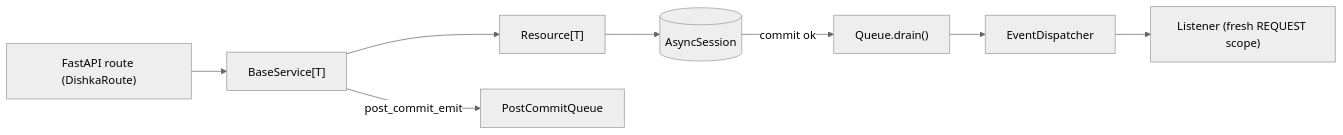
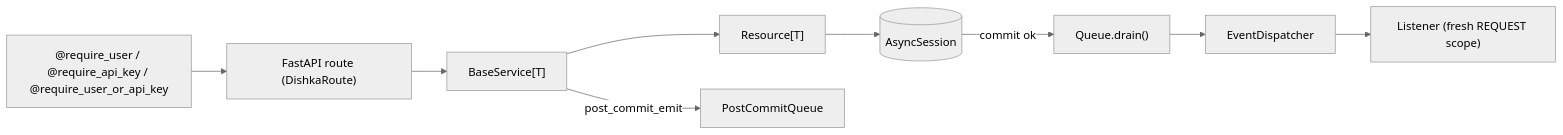
The diagram in .agents/skills/broker-api-development/SKILL.md (aprezcuba24/broker-shipping), drawn with Mermaid (neutral theme) before and after one commit. The commit also changed other lines of this file and 54 other files, not shown here.

````diff
--- a/.agents/skills/broker-api-development/SKILL.md
+++ b/.agents/skills/broker-api-development/SKILL.md
@@ -19,10 +20,12 @@
 ```mermaid
 flowchart LR
-  Route["FastAPI route (DishkaRoute)"] --> Service["BaseService[T]"]
+  Auth["@require_user / @require_api_key / @require_user_or_api_key"]
+  Auth --> Route["FastAPI route (DishkaRoute)"]
+  Route --> Service["BaseService[T]"]
   Service --> Repo["Resource[T]"]
   Repo --> Session[(AsyncSession)]
   Service -->|"post_commit_emit"| Queue[PostCommitQueue]
   Session -->|"commit ok"| Drain["Queue.drain()"]
   Drain --> Dispatcher[EventDispatcher]
   Dispatcher --> Listener["Listener (fresh REQUEST scope)"]
 ```
````
